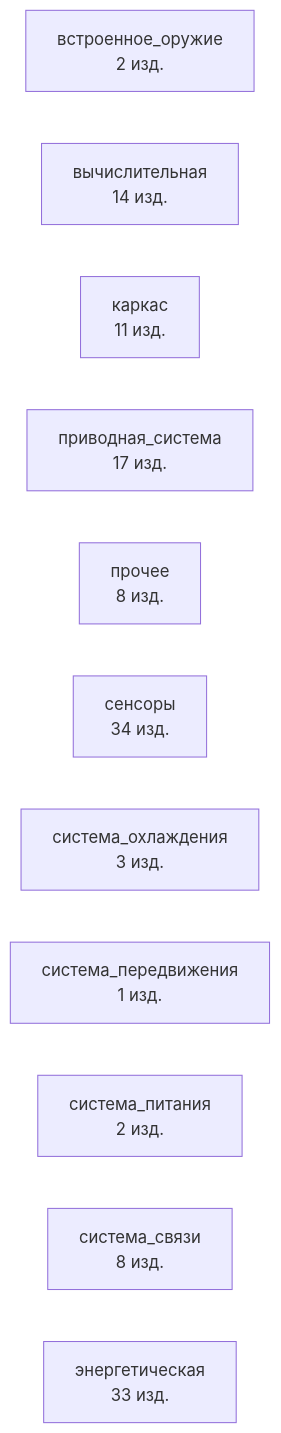
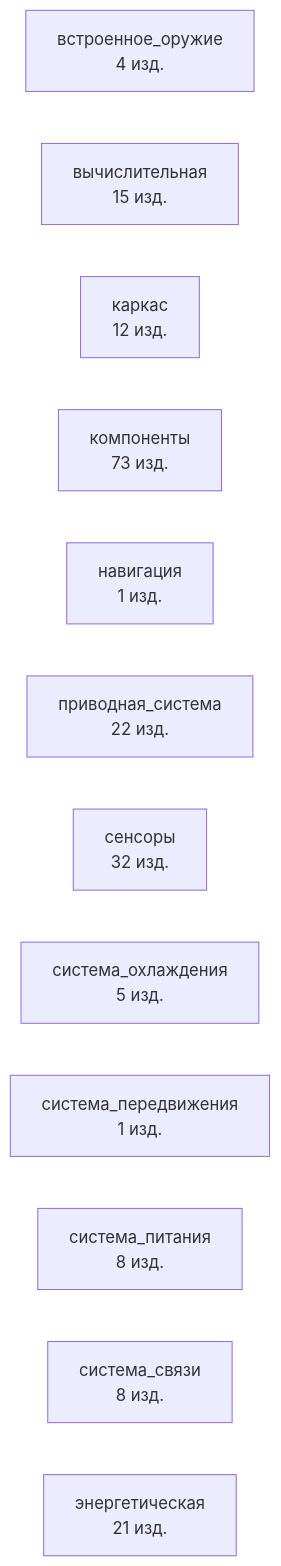
The diagram in graphs/mermaid/graph1_overview.md (a-m-e-n-t-e-t/SkyNet), drawn with Mermaid before and after one commit. The commit also changed other lines of this file and 548 other files, not shown here.

````diff
--- a/graphs/mermaid/graph1_overview.md
+++ b/graphs/mermaid/graph1_overview.md
@@ -3,14 +3,15 @@
 ```mermaid
 graph LR
-    sub_встроенное_оружие[встроенное_оружие<br/>2 изд.]
-    sub_вычислительная[вычислительная<br/>14 изд.]
-    sub_каркас[каркас<br/>11 изд.]
-    sub_приводная_система[приводная_система<br/>17 изд.]
-    sub_прочее[прочее<br/>8 изд.]
-    sub_сенсоры[сенсоры<br/>34 изд.]
-    sub_система_охлаждения[система_охлаждения<br/>3 изд.]
+    sub_встроенное_оружие[встроенное_оружие<br/>4 изд.]
+    sub_вычислительная[вычислительная<br/>15 изд.]
+    sub_каркас[каркас<br/>12 изд.]
+    sub_компоненты[компоненты<br/>73 изд.]
+    sub_навигация[навигация<br/>1 изд.]
+    sub_приводная_система[приводная_система<br/>22 изд.]
+    sub_сенсоры[сенсоры<br/>32 изд.]
+    sub_система_охлаждения[система_охлаждения<br/>5 изд.]
     sub_система_передвижения[система_передвижения<br/>1 изд.]
-    sub_система_питания[система_питания<br/>2 изд.]
+    sub_система_питания[система_питания<br/>8 изд.]
     sub_система_связи[система_связи<br/>8 изд.]
-    sub_энергетическая[энергетическая<br/>33 изд.]
+    sub_энергетическая[энергетическая<br/>21 изд.]
 ```
````
